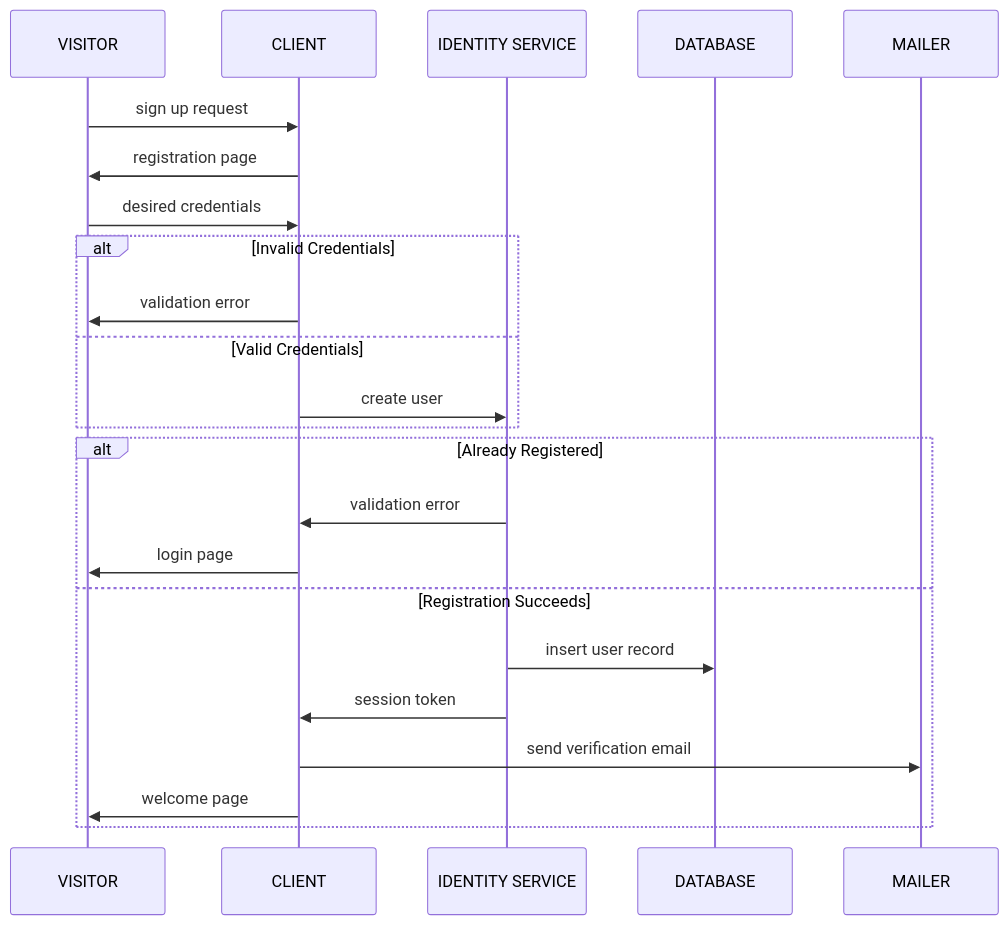
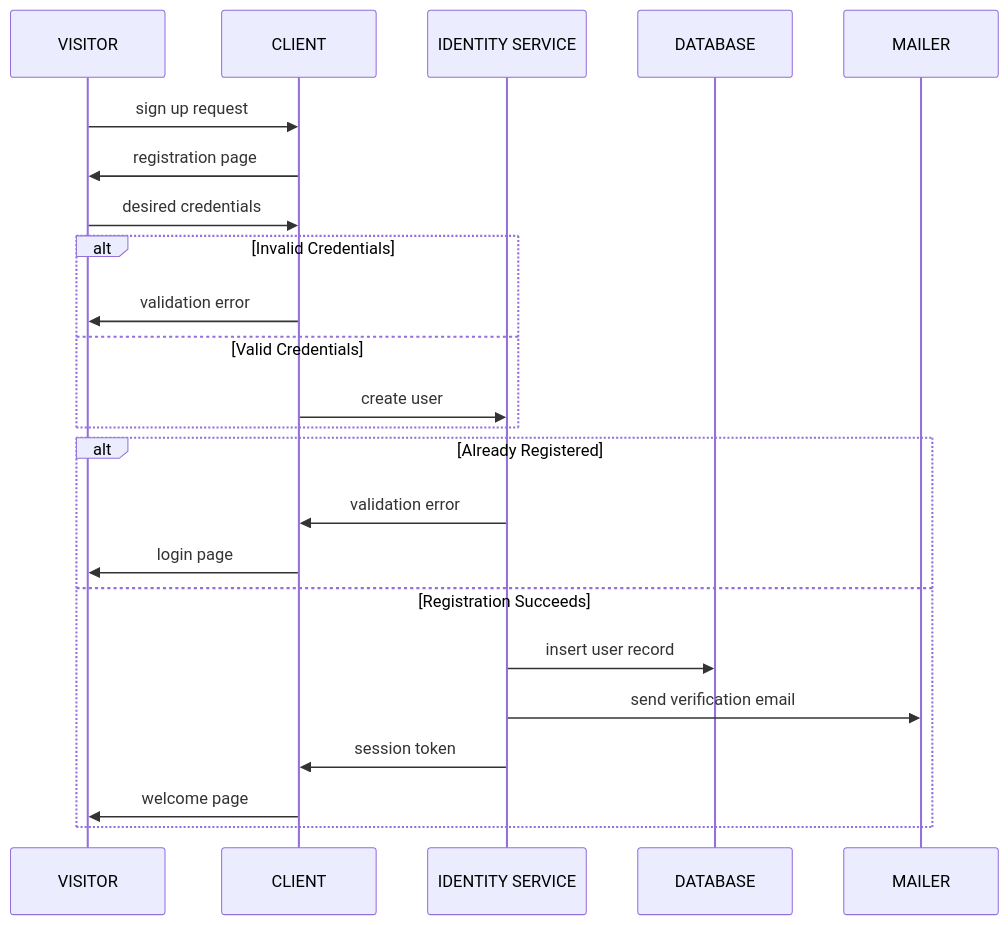
The diagram in README.md (sscovil/mermaid-examples), drawn with Mermaid before and after one commit.

Commit message:
fix send email flow

````diff
--- a/README.md
+++ b/README.md
@@ -11,25 +11,25 @@
 ```mermaid
 sequenceDiagram
   participant V as VISITOR
   participant A as CLIENT
   participant I as IDENTITY SERVICE
   participant D as DATABASE
   participant M as MAILER
   V->>A: sign up request
   A->>V: registration page
   V->>A: desired credentials
   alt Invalid Credentials
     A->>V: validation error
   else Valid Credentials
     A->>I: create user
   end
   alt Already Registered
     I->>A: validation error
     A->>V: login page
   else Registration Succeeds
     I->>D: insert user record
+    I->>M: send verification email
     I->>A: session token
-    A->>M: send verification email
     A->>V: welcome page
   end
 ```
````
